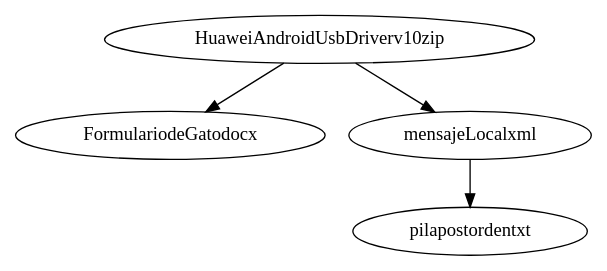
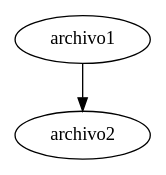
Before and after one commit to EstrellitaArmas/Proyecto1s22017_201212919-EDD: the diagram in arbol.dot, drawn with Graphviz. The commit also changed 1 other file, not shown here.

```diff
--- a/arbol.dot
+++ b/arbol.dot
@@ -1,10 +1,6 @@
 digraph G{
-nodo_HuaweiAndroidUsbDriverv10zip [label="HuaweiAndroidUsbDriverv10zip"]
-nodo_HuaweiAndroidUsbDriverv10zip -> nodo_FormulariodeGatodocx
-nodo_FormulariodeGatodocx [label="FormulariodeGatodocx"]
-nodo_HuaweiAndroidUsbDriverv10zip -> nodo_mensajeLocalxml
-nodo_mensajeLocalxml [label="mensajeLocalxml"]
-nodo_mensajeLocalxml -> nodo_pilapostordentxt
-nodo_pilapostordentxt [label="pilapostordentxt"]
+nodo_archivo1 [label="archivo1"]
+nodo_archivo1 -> nodo_archivo2
+nodo_archivo2 [label="archivo2"]
 
 }
```
